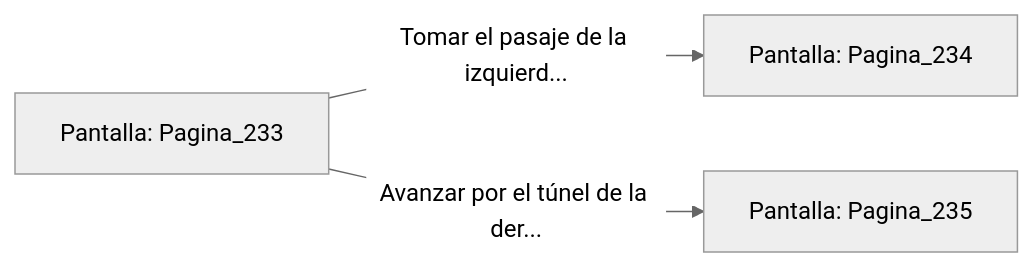
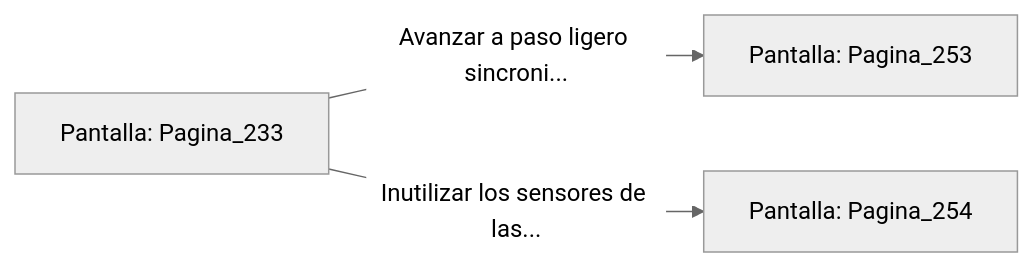
One commit to metsuke/mpl changed the diagram in sample/eligejuego-vault/Pantalla_Pagina_233.md. Above: the diagram before and after it, drawn with Mermaid (neutral theme). The commit also changed other lines of this file and 635 other files, not shown here.

First line of the commit message:
fix: añadir Pagina_1 como pantalla inicial en capitulo_01.mpl

````diff
--- a/sample/eligejuego-vault/Pantalla_Pagina_233.md
+++ b/sample/eligejuego-vault/Pantalla_Pagina_233.md
@@ -20,6 +24,6 @@
 ```mermaid
 graph LR
     P_Pagina_233["Pantalla: Pagina_233"]
-    P_Pagina_233 -->|"Tomar el pasaje de la izquierd..."| P_Pagina_234["Pantalla: Pagina_234"]
-    P_Pagina_233 -->|"Avanzar por el túnel de la der..."| P_Pagina_235["Pantalla: Pagina_235"]
+    P_Pagina_233 -->|"Avanzar a paso ligero sincroni..."| P_Pagina_253["Pantalla: Pagina_253"]
+    P_Pagina_233 -->|"Inutilizar los sensores de las..."| P_Pagina_254["Pantalla: Pagina_254"]
 ```
````
